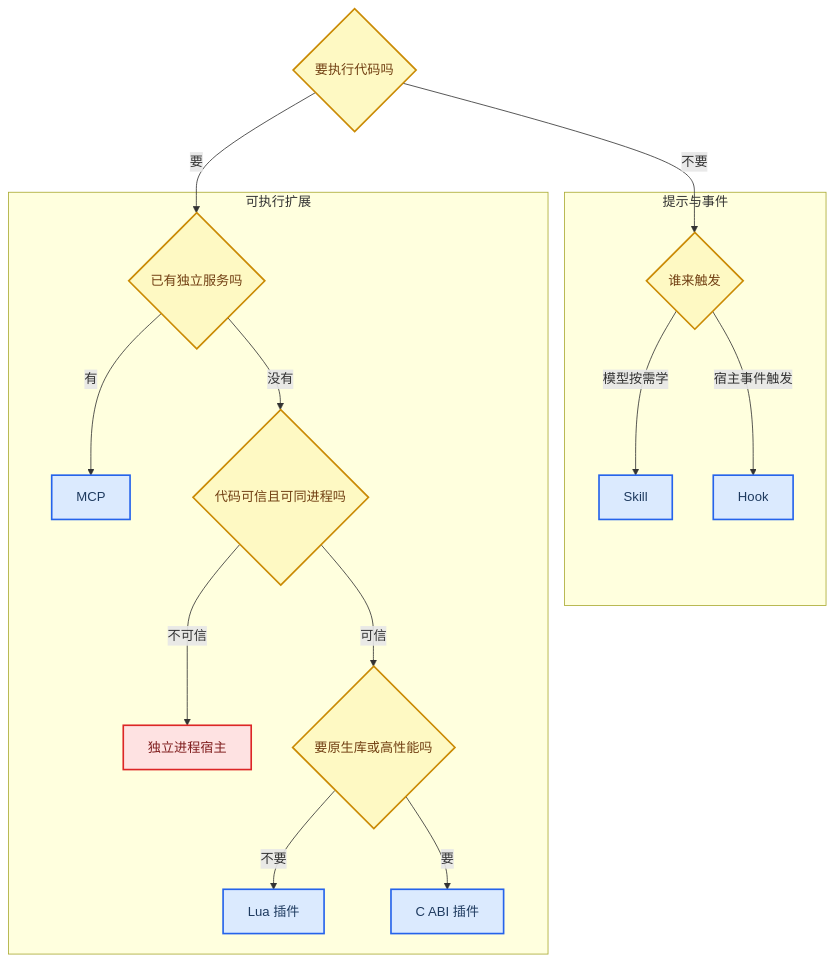
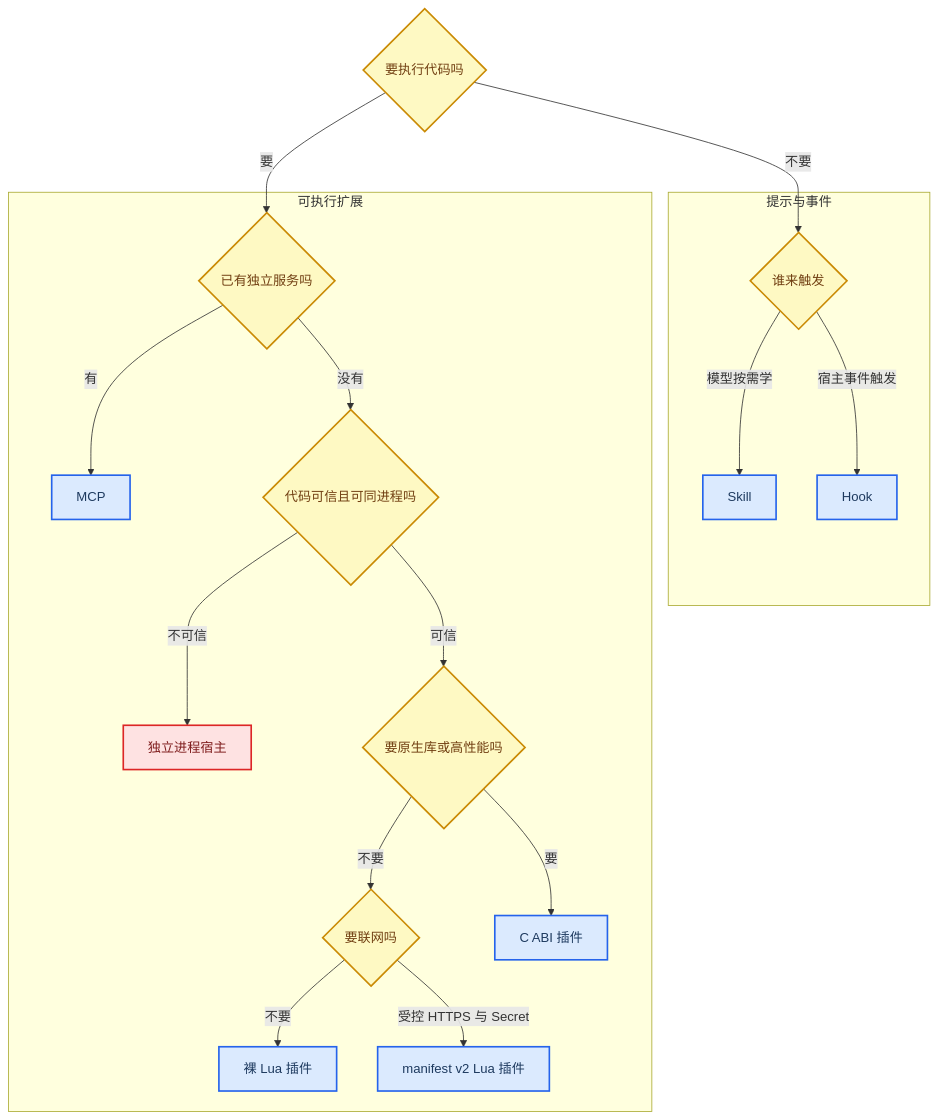
One commit to relic-yuexi/LubanCode changed the first of 2 diagrams in docs/architecture/extensions/plugin-runtime.md. Above: the diagram before and after it, drawn with Mermaid. The commit also changed other lines of this file and 3 other files, not shown here.

````diff
--- a/docs/architecture/extensions/plugin-runtime.md
+++ b/docs/architecture/extensions/plugin-runtime.md
@@ -39,34 +40,36 @@
 ```mermaid
 flowchart TB
     accTitle: 扩展方式选择路径
-    accDescr: 按需求是否执行代码、是否已有独立服务、是否需要进程隔离和原生性能，选择 Skill、Hook、Lua、C ABI、MCP 或内置工具。
+    accDescr: 按需求是否执行代码、是否已有独立服务、是否需要进程隔离、原生性能与联网，选择 Skill、Hook、裸 Lua、manifest v2 Lua、C ABI、MCP 或内置工具。
 
     need{要执行代码吗}
 
     subgraph no_code ["提示与事件"]
         teach{谁来触发}
         teach -->|模型按需学| skill[Skill]
         teach -->|宿主事件触发| hook[Hook]
     end
 
     subgraph executable ["可执行扩展"]
         service{已有独立服务吗}
         service -->|有| mcp[MCP]
         service -->|没有| trust{代码可信且可同进程吗}
         trust -->|不可信| isolated_host[独立进程宿主]
         trust -->|可信| native{要原生库或高性能吗}
-        native -->|不要| lua[Lua 插件]
+        native -->|不要| net{要联网吗}
+        net -->|不要| lua[裸 Lua 插件]
+        net -->|受控 HTTPS 与 Secret| mlua[manifest v2 Lua 插件]
         native -->|要| cabi[C ABI 插件]
     end
 
     need -->|不要| teach
     need -->|要| service
 
     classDef decision fill:#fef9c3,stroke:#ca8a04,stroke-width:2px,color:#713f12
     classDef process fill:#dbeafe,stroke:#2563eb,stroke-width:2px,color:#1e3a5f
     classDef warning fill:#fee2e2,stroke:#dc2626,stroke-width:2px,color:#7f1d1d
 
-    class need,teach,service,trust,native decision
-    class skill,hook,mcp,lua,cabi process
+    class need,teach,service,trust,native,net decision
+    class skill,hook,mcp,lua,mlua,cabi process
     class isolated_host warning
 ```
````
